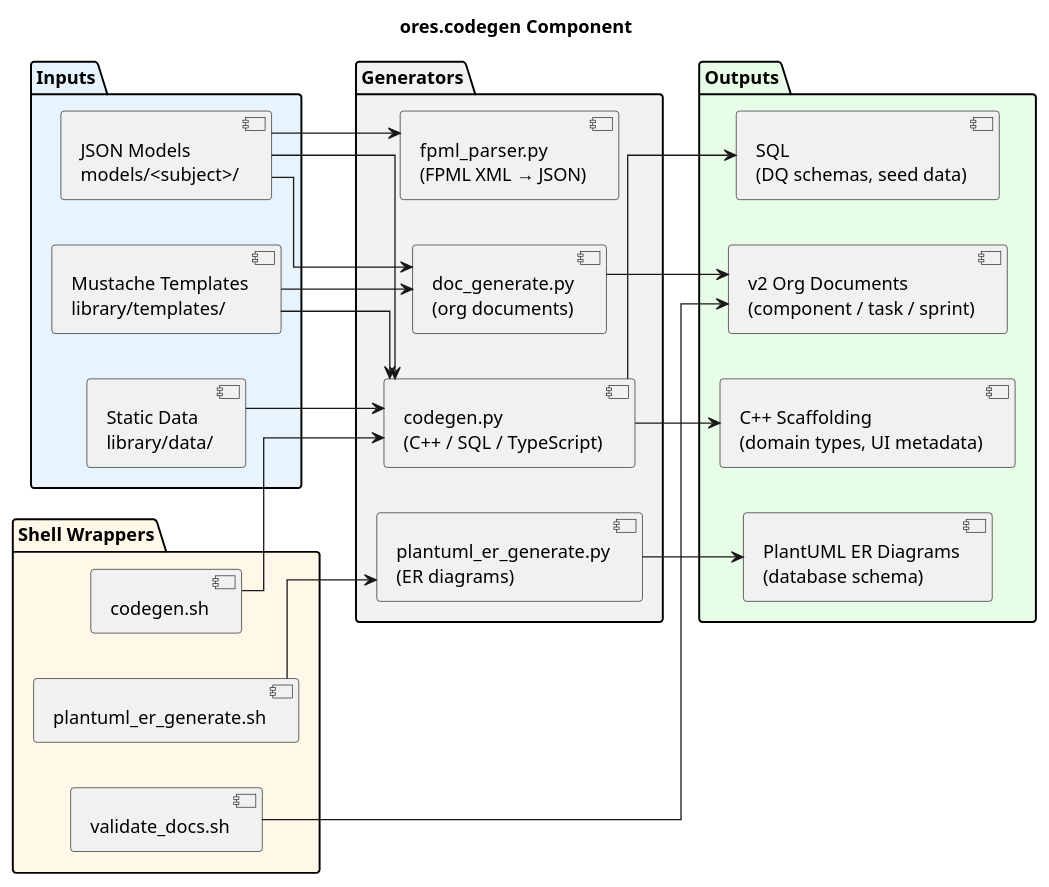
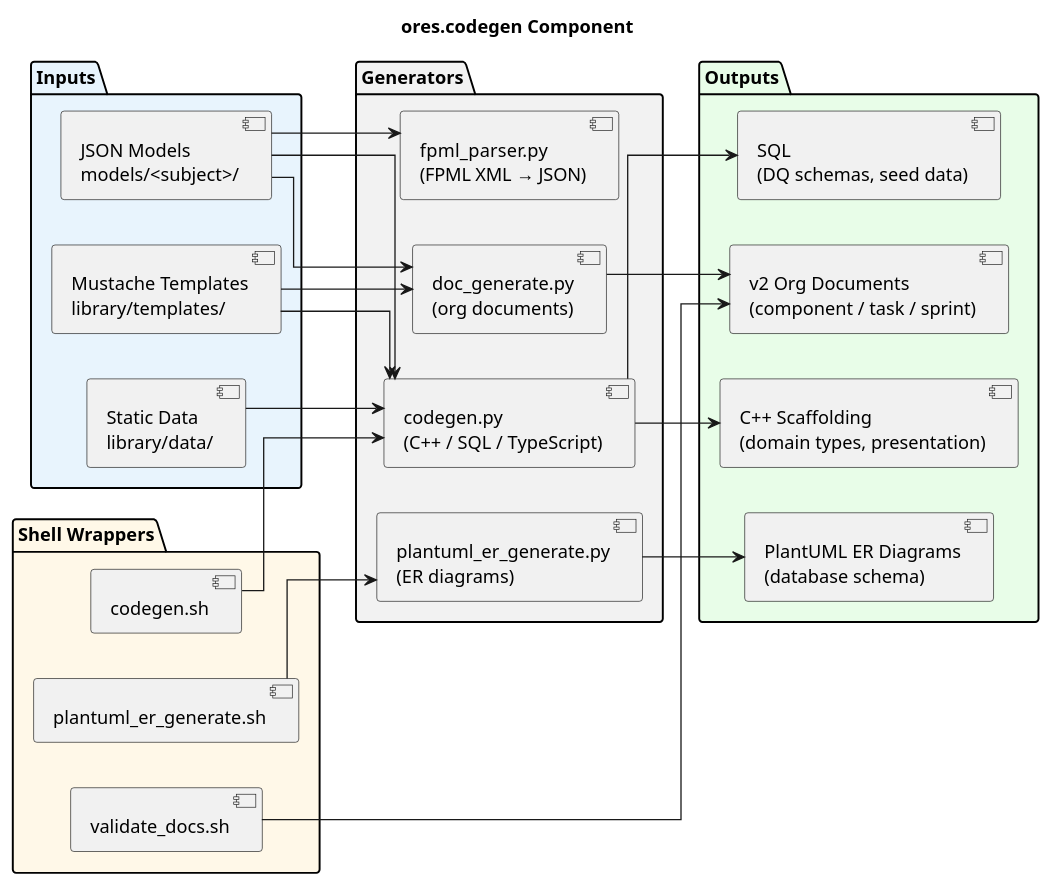
The diagram in projects/ores.codegen/modeling/ores.codegen.puml (OreStudio/OreStudio), drawn with PlantUML before and after one commit. The commit also changed 134 other files, not shown here.

```diff
--- a/projects/ores.codegen/modeling/ores.codegen.puml
+++ b/projects/ores.codegen/modeling/ores.codegen.puml
@@ -18,57 +18,57 @@
 @startuml
 
 title ores.codegen Component
 
 skinparam linetype ortho
 left to right direction
 
 package "Inputs" #E8F4FD {
     [JSON Models\nmodels/<subject>/] as models
     [Mustache Templates\nlibrary/templates/] as templates
     [Static Data\nlibrary/data/] as data
 }
 
 package "Generators" #F2F2F2 {
     [codegen.py\n(C++ / SQL / TypeScript)] as gen
     [doc_generate.py\n(org documents)] as docgen
     [fpml_parser.py\n(FPML XML → JSON)] as fpml
     [plantuml_er_generate.py\n(ER diagrams)] as ergen
 }
 
 package "Shell Wrappers" #FFF8E8 {
     [codegen.sh] as gensh
     [plantuml_er_generate.sh] as ersh
     [validate_docs.sh] as valsh
 }
 
 package "Outputs" #E8FDE8 {
     [SQL\n(DQ schemas, seed data)] as sql
-    [C++ Scaffolding\n(domain types, UI metadata)] as cpp
+    [C++ Scaffolding\n(domain types, presentation)] as cpp
     [v2 Org Documents\n(component / task / sprint)] as orgdocs
     [PlantUML ER Diagrams\n(database schema)] as erdiag
 }
 
 gensh --> gen
 ersh --> ergen
 valsh --> orgdocs
 
 models --> gen
 templates --> gen
 data --> gen
 
 models --> docgen
 templates --> docgen
 
 models --> fpml
 
 gen --> sql
 gen --> cpp
 
 docgen --> orgdocs
 
 ergen --> erdiag
 
 ' Local Variables:
 ' compile-command: "java -Djava.awt.headless=true -DPLANTUML_SECURITY_PROFILE=UNSECURE -DPLANTUML_LIMIT_SIZE=65535 -jar /usr/share/plantuml/plantuml.jar ores.codegen.puml"
 ' End:
 @enduml
```
